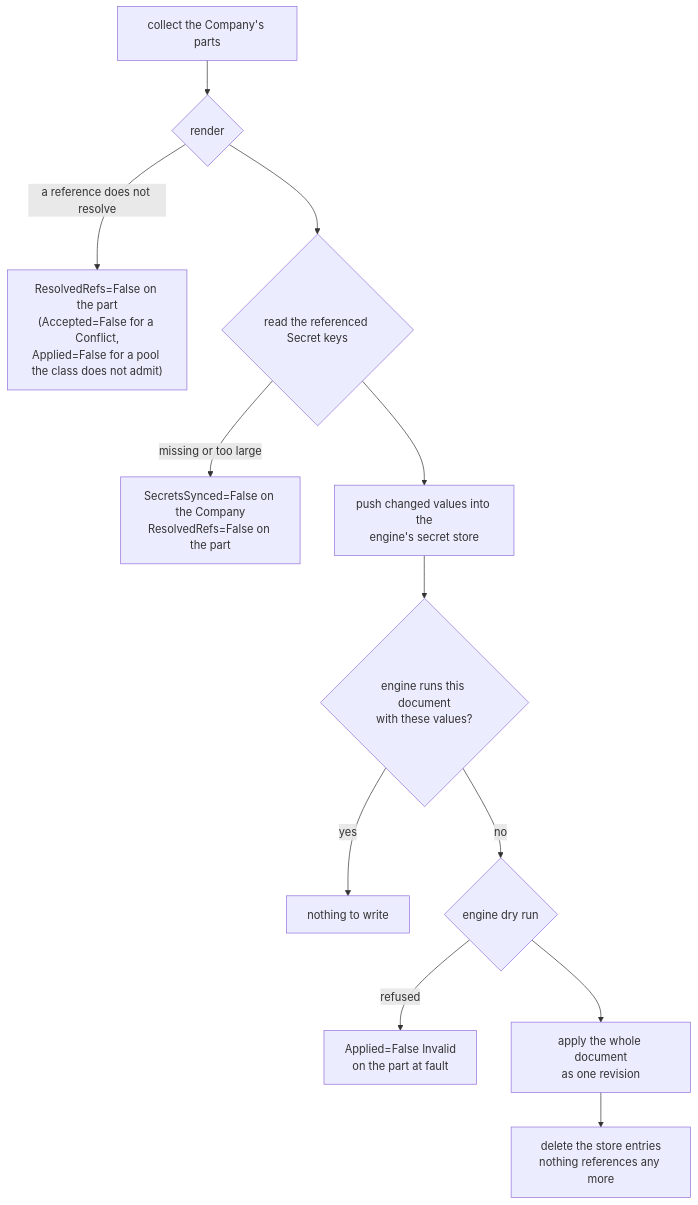
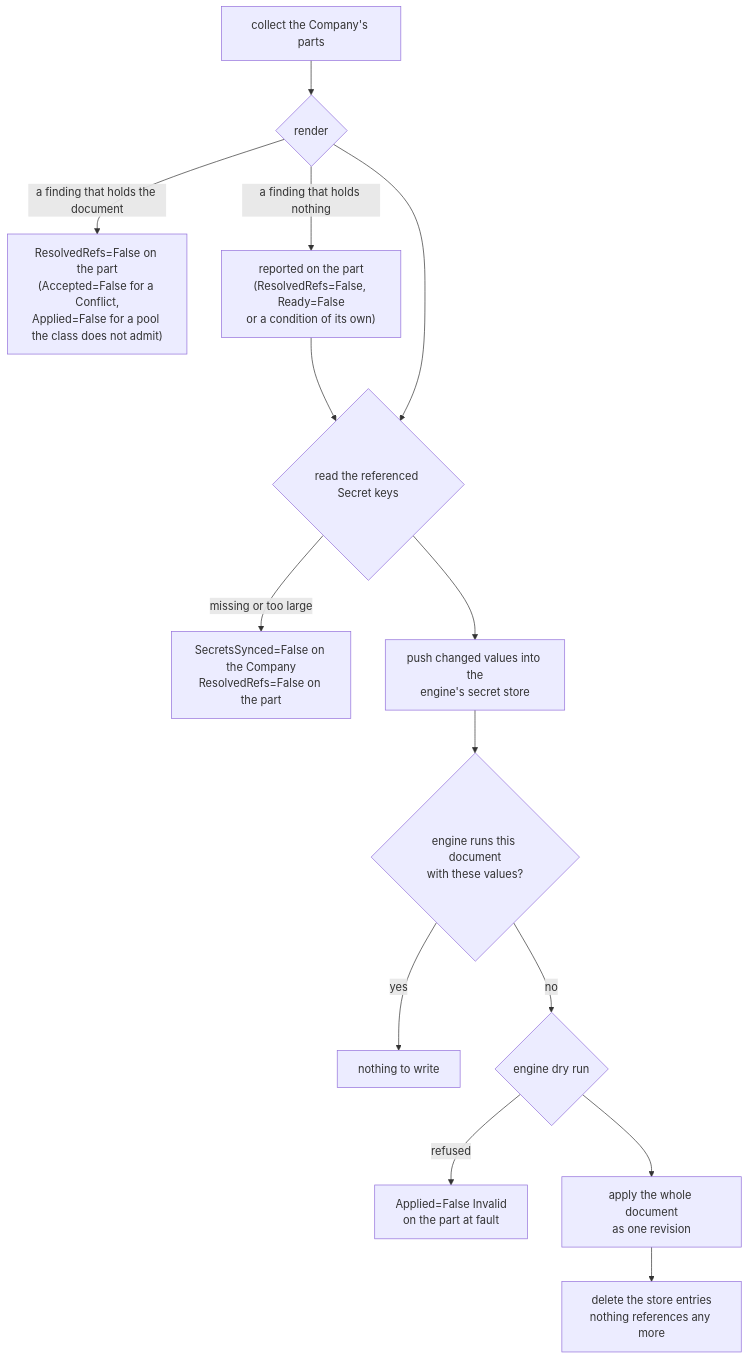
One commit to crewlet/crewlet-operator changed the diagram in docs/concepts/applying.md. Above: the diagram before and after it, drawn with Mermaid. The commit also changed other lines of this file and 48 other files, not shown here.

````diff
--- a/docs/concepts/applying.md
+++ b/docs/concepts/applying.md
@@ -51,14 +51,16 @@
 ```mermaid
 flowchart TD
     collect["collect the Company's parts"] --> rendered{"render"}
-    rendered -- "a reference does not resolve" --> refs["ResolvedRefs=False on the part<br/>(Accepted=False for a Conflict,<br/>Applied=False for a pool the class does not admit)"]
+    rendered -- "a finding that holds the document" --> refs["ResolvedRefs=False on the part<br/>(Accepted=False for a Conflict,<br/>Applied=False for a pool the class does not admit)"]
+    rendered -- "a finding that holds nothing" --> reported["reported on the part<br/>(ResolvedRefs=False, Ready=False<br/>or a condition of its own)"]
+    reported --> secrets
     rendered --> secrets{"read the referenced Secret keys"}
     secrets -- "missing or too large" --> missing["SecretsSynced=False on the Company<br/>ResolvedRefs=False on the part"]
     secrets --> push["push changed values into the<br/>engine's secret store"]
     push --> same{"engine runs this document<br/>with these values?"}
     same -- yes --> done["nothing to write"]
     same -- no --> dry{"engine dry run"}
     dry -- refused --> invalid["Applied=False Invalid<br/>on the part at fault"]
     dry --> apply["apply the whole document<br/>as one revision"]
     apply --> gc["delete the store entries<br/>nothing references any more"]
 ```
````
